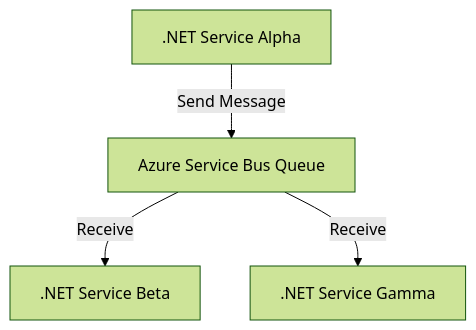
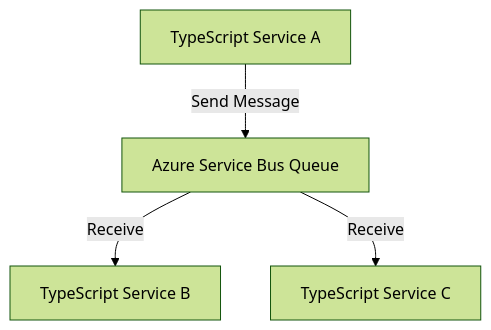
The diagram in README.md (JustJordanT/typescript-azure-service-bus), drawn with Mermaid (forest theme) before and after one commit. The commit also changed other lines of this file, not shown here.

````diff
--- a/README.md
+++ b/README.md
@@ -3,6 +3,6 @@
 ```mermaid
 graph TD;
-    A[.NET Service Alpha] -->|Send Message| B[Azure Service Bus Queue]
-    B -->|Receive| G[.NET Service Beta]
-    B -->|Receive| H[.NET Service Gamma]
+    A[TypeScript Service A] -->|Send Message| B[Azure Service Bus Queue]
+    B -->|Receive| G[TypeScript Service B]
+    B -->|Receive| H[TypeScript Service C]
 ```
````
